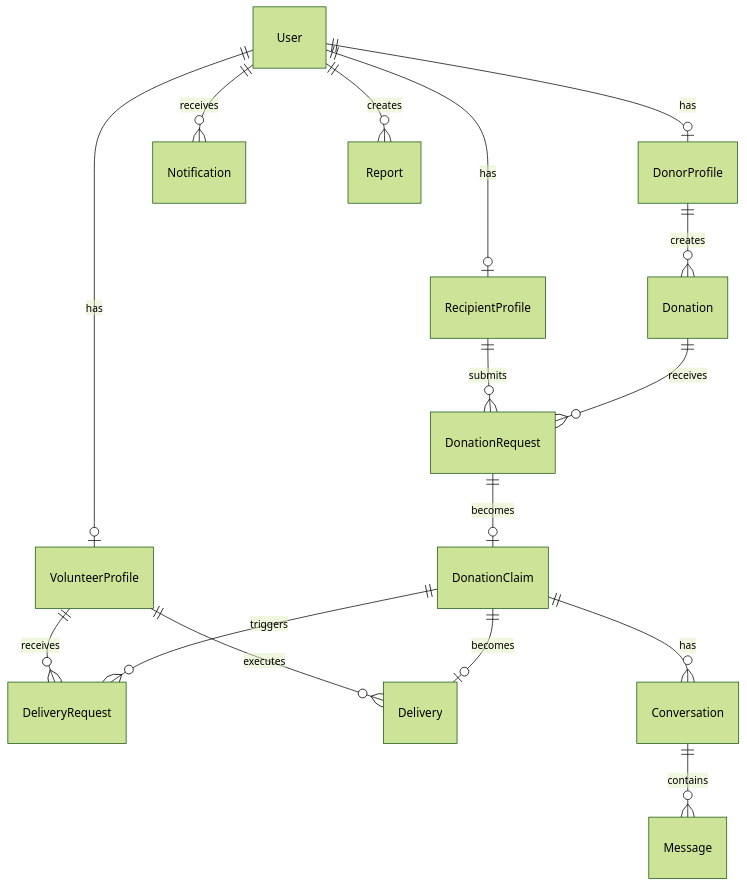
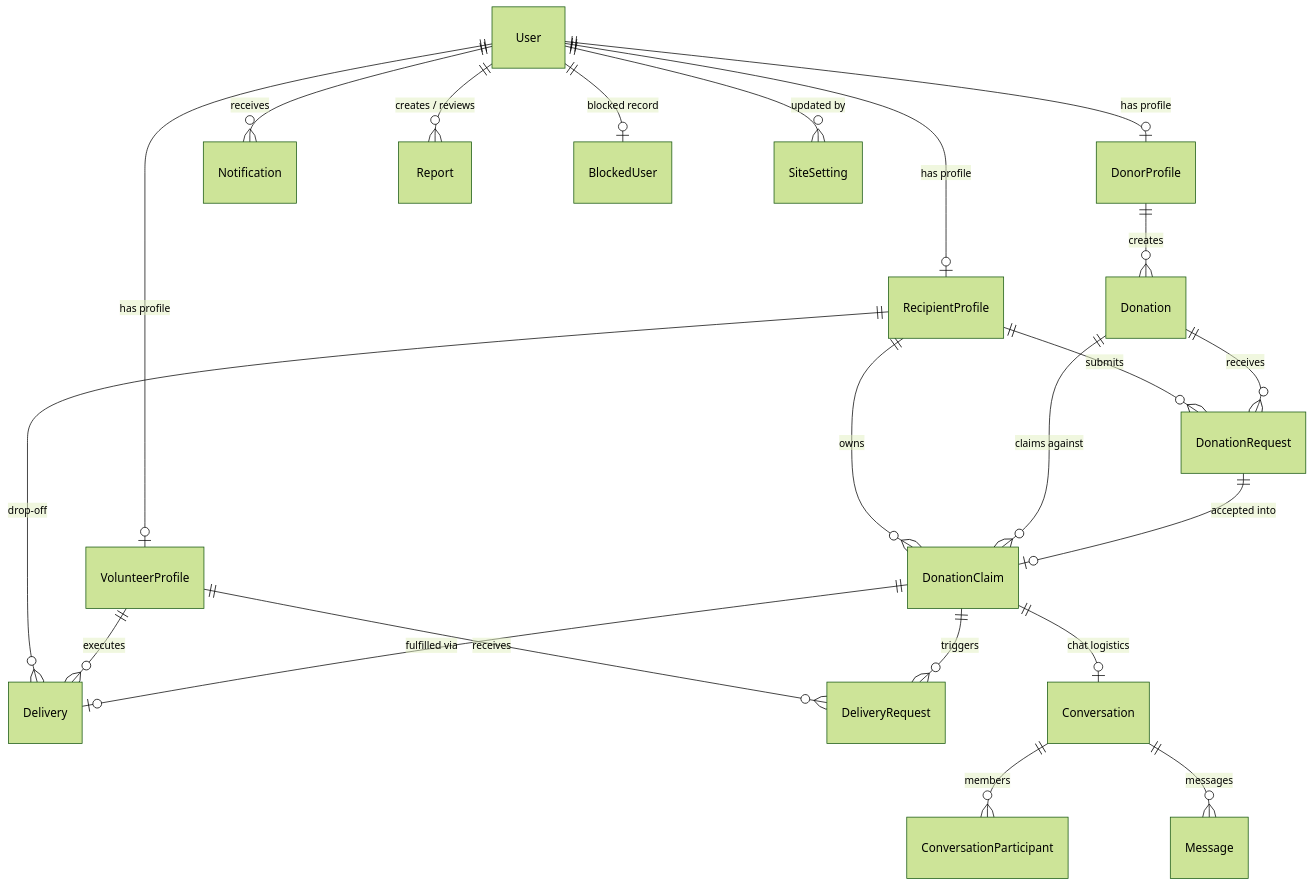
One commit to 3mrmousa/MealBridge changed the diagram in README.md. Above: the diagram before and after it, drawn with Mermaid (forest theme). The commit also changed other lines of this file and 39 other files, not shown here.

````diff
--- a/README.md
+++ b/README.md
@@ -291,18 +205,28 @@
 ```mermaid
 erDiagram
-    User ||--o| DonorProfile : has
-    User ||--o| RecipientProfile : has
-    User ||--o| VolunteerProfile : has
+    User ||--o| DonorProfile : "has profile"
+    User ||--o| RecipientProfile : "has profile"
+    User ||--o| VolunteerProfile : "has profile"
+    User ||--o{ Notification : receives
+    User ||--o{ Report : "creates / reviews"
+    User ||--o| BlockedUser : "blocked record"
+    User ||--o{ SiteSetting : "updated by"
+
     DonorProfile ||--o{ Donation : creates
     Donation ||--o{ DonationRequest : receives
     RecipientProfile ||--o{ DonationRequest : submits
-    DonationRequest ||--o| DonationClaim : becomes
-    DonationClaim ||--o{ DeliveryRequest : triggers
-    DonationClaim ||--o| Delivery : becomes
-    VolunteerProfile ||--o{ DeliveryRequest : receives
-    VolunteerProfile ||--o{ Delivery : executes
-    DonationClaim ||--o{ Conversation : has
-    Conversation ||--o{ Message : contains
-    User ||--o{ Notification : receives
-    User ||--o{ Report : creates
+
+    DonationRequest ||--o| DonationClaim : "accepted into"
+    Donation ||--o{ DonationClaim : "claims against"
+    RecipientProfile ||--o{ DonationClaim : owns
+
+    DonationClaim ||--o| Delivery : "fulfilled via"
+    DonationClaim ||--o{ DeliveryRequest : "triggers"
+    VolunteerProfile ||--o{ DeliveryRequest : "receives"
+    VolunteerProfile ||--o{ Delivery : "executes"
+    RecipientProfile ||--o{ Delivery : "drop-off"
+
+    DonationClaim ||--o| Conversation : "chat logistics"
+    Conversation ||--o{ ConversationParticipant : members
+    Conversation ||--o{ Message : messages
 ```
````
